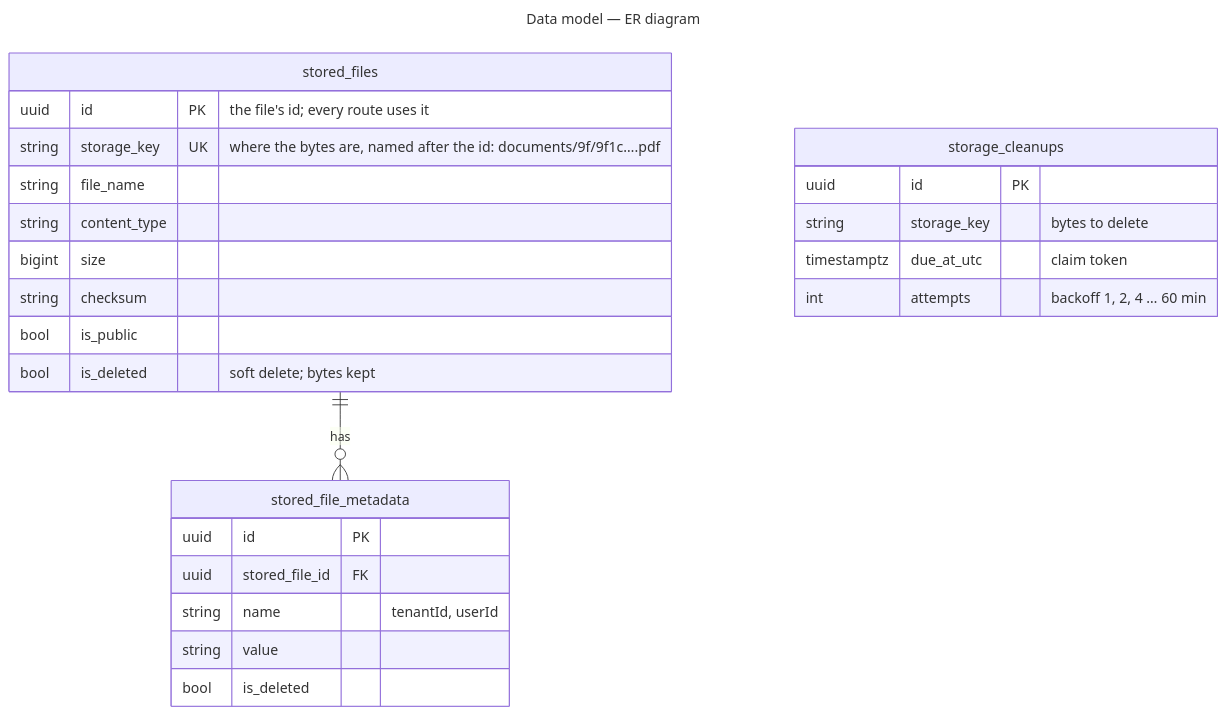
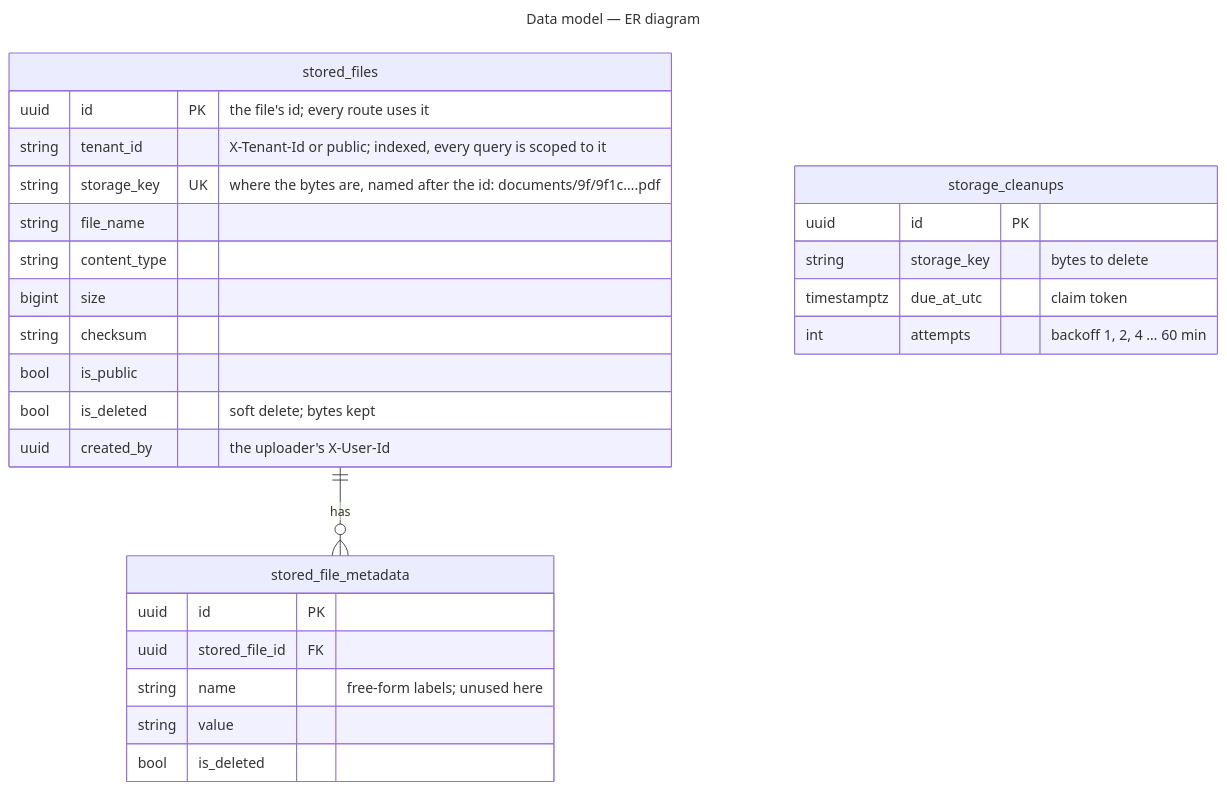
Before and after one commit to gmetskhvarishvili/GM.FileStorage.Samples: the third of 3 diagrams in docs/architecture.md, drawn with Mermaid. The commit also changed 26 other files, not shown here.

First line of the commit message:
refactor!: tenant as a column, uploader from created_by, no metadata rows

````diff
--- a/docs/architecture.md
+++ b/docs/architecture.md
@@ -93,30 +93,32 @@
 ```mermaid
 ---
 title: Data model — ER diagram
 ---
 erDiagram
     stored_files ||--o{ stored_file_metadata : has
     stored_files {
         uuid id PK "the file's id; every route uses it"
+        string tenant_id "X-Tenant-Id or public; indexed, every query is scoped to it"
         string storage_key UK "where the bytes are, named after the id: documents/9f/9f1c….pdf"
         string file_name
         string content_type
         bigint size
         string checksum
         bool is_public
         bool is_deleted "soft delete; bytes kept"
+        uuid created_by "the uploader's X-User-Id"
     }
     stored_file_metadata {
         uuid id PK
         uuid stored_file_id FK
-        string name "tenantId, userId"
+        string name "free-form labels; unused here"
         string value
         bool is_deleted
     }
     storage_cleanups {
         uuid id PK
         string storage_key "bytes to delete"
         timestamptz due_at_utc "claim token"
         int attempts "backoff 1, 2, 4 … 60 min"
     }
 ```
````
